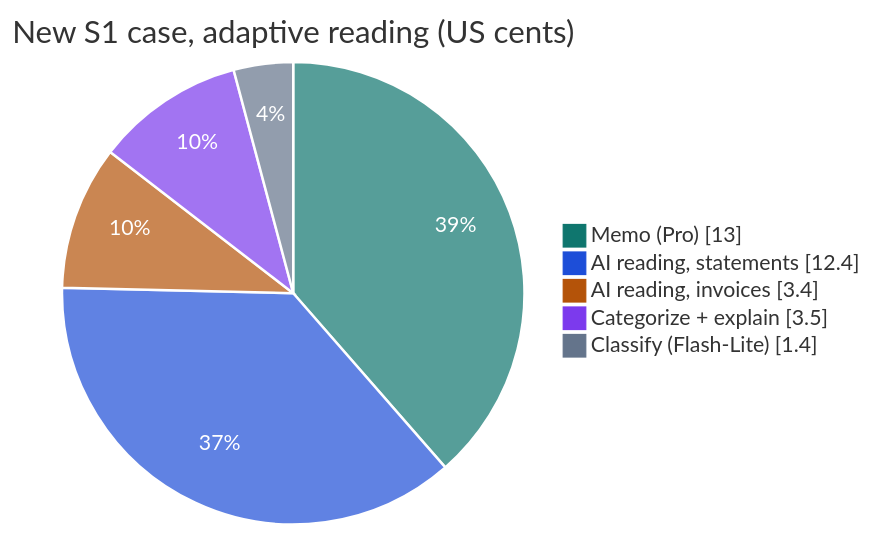
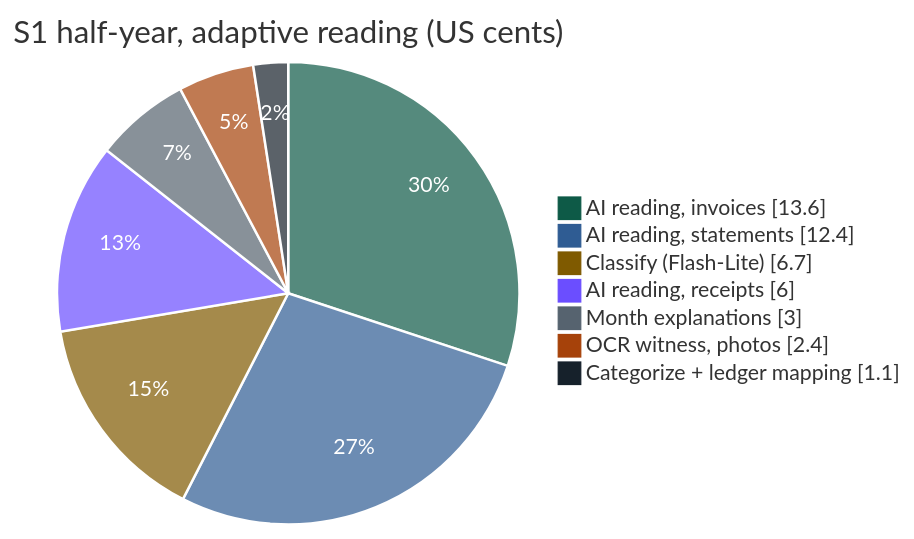
Before and after one commit to fadlytanjung/kredibel: the third of 3 diagrams in docs/21-cost-analysis.md, drawn with Mermaid. The commit also changed other lines of this file and 245 other files, not shown here.

````diff
--- a/docs/21-cost-analysis.md
+++ b/docs/21-cost-analysis.md
@@ -178,10 +187,12 @@
 ```mermaid
-%%{init: {"theme": "base", "themeVariables": {"fontFamily": "Arial, Helvetica, sans-serif", "fontSize": "14px", "pie1": "#0F766E", "pie2": "#1D4ED8", "pie3": "#B45309", "pie4": "#7C3AED", "pie5": "#64748B", "pieSectionTextColor": "#FFFFFF", "pieStrokeColor": "#FFFFFF", "pieOuterStrokeColor": "#FFFFFF"}}}%%
+%%{init: {"theme": "base", "themeVariables": {"fontFamily": "Arial, Helvetica, sans-serif", "fontSize": "14px", "pie1": "#0E5A47", "pie2": "#2F5C93", "pie3": "#7F5A00", "pie4": "#6B4EFF", "pie5": "#56636F", "pie6": "#A6420A", "pie7": "#16212B", "pieSectionTextColor": "#FFFFFF", "pieStrokeColor": "#FFFFFF", "pieOuterStrokeColor": "#FFFFFF"}}}%%
 pie showData
-    title New S1 case, adaptive reading (US cents)
-    "Memo (Pro)" : 13
+    title S1 half-year, adaptive reading (US cents)
+    "AI reading, invoices" : 13.6
     "AI reading, statements" : 12.4
-    "AI reading, invoices" : 3.4
-    "Categorize + explain" : 3.5
-    "Classify (Flash-Lite)" : 1.4
+    "Classify (Flash-Lite)" : 6.7
+    "AI reading, receipts" : 6.0
+    "Month explanations" : 3.0
+    "OCR witness, photos" : 2.4
+    "Categorize + ledger mapping" : 1.1
 ```
````
